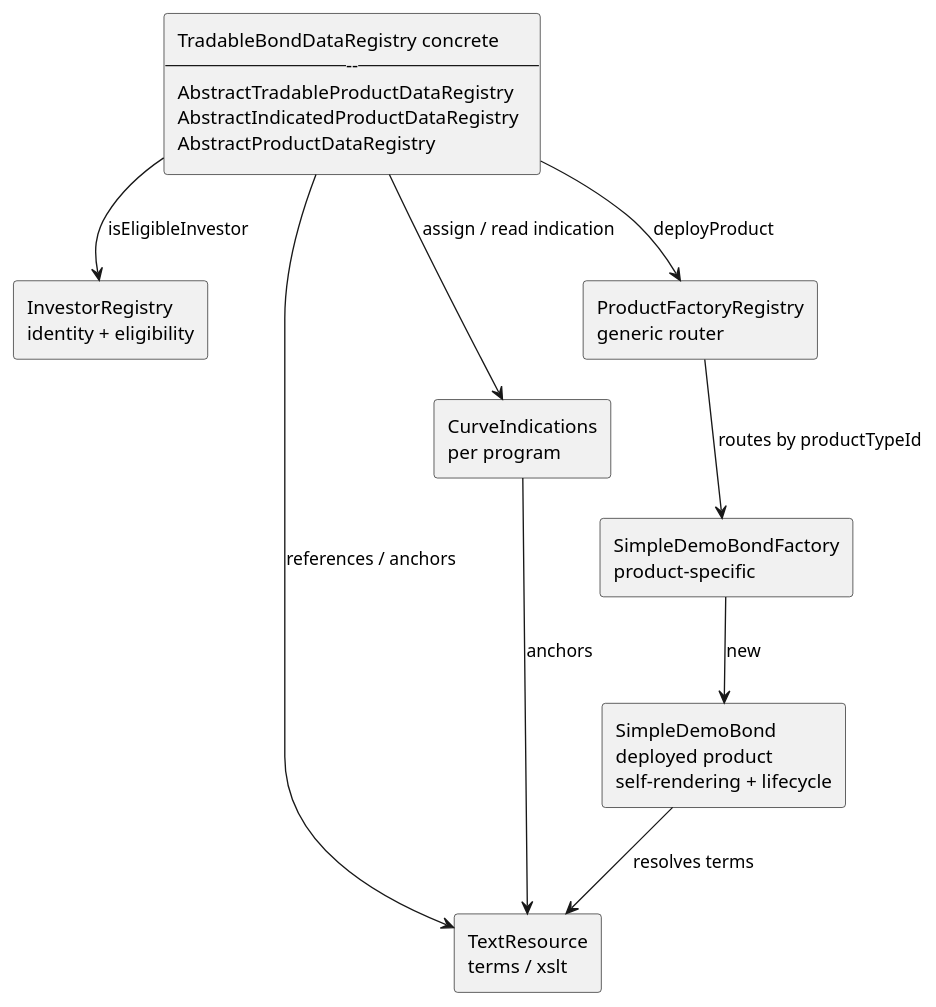
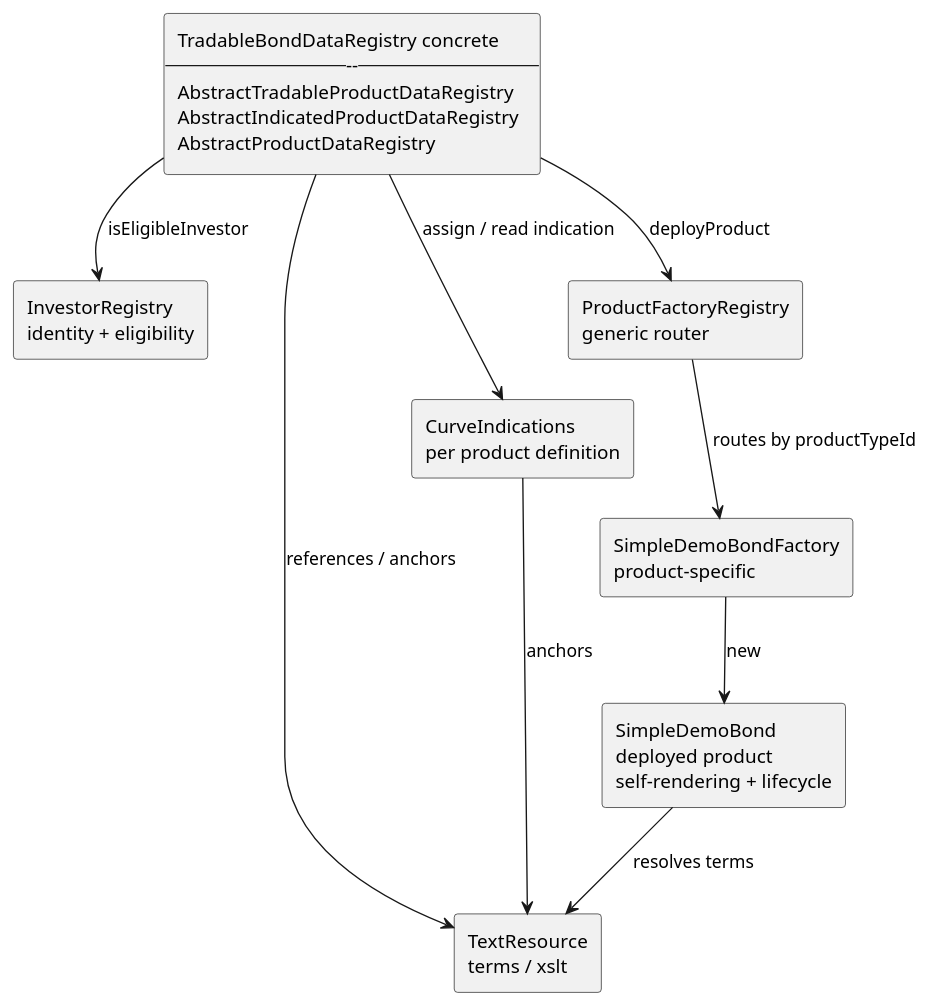
One commit to Julius278/finmath-smart-derivative-contract changed the diagram in framework/origins/representable-contract-state/documentation/smart-product-framework.md. Above: the diagram before and after it, drawn with PlantUML. The commit also changed other lines of this file and 24 other files, not shown here.

Commit message:
Changing naming conventions to more generic product definition managing by product providers.

````diff
--- a/framework/origins/representable-contract-state/documentation/smart-product-framework.md
+++ b/framework/origins/representable-contract-state/documentation/smart-product-framework.md
@@ -51,23 +51,23 @@
 ```plantuml
 @startuml
 skinparam componentStyle rectangle
 top to bottom direction
 
 rectangle "InvestorRegistry\nidentity + eligibility" as IR
 rectangle "TradableBondDataRegistry concrete\n------\nAbstractTradableProductDataRegistry\nAbstractIndicatedProductDataRegistry\nAbstractProductDataRegistry" as REG
 rectangle "TextResource\nterms / xslt" as TR
-rectangle "CurveIndications\nper program" as CI
+rectangle "CurveIndications\nper product definition" as CI
 rectangle "ProductFactoryRegistry\ngeneric router" as GF
 rectangle "SimpleDemoBondFactory\nproduct-specific" as SF
 rectangle "SimpleDemoBond\ndeployed product\nself-rendering + lifecycle" as P
 
 REG --> IR : isEligibleInvestor
 REG --> TR : references / anchors
 REG --> CI : assign / read indication
 CI  --> TR : anchors
 REG --> GF : deployProduct
 GF  --> SF : routes by productTypeId
 SF  --> P  : new
 P   --> TR : resolves terms
 @enduml
 ```
````
